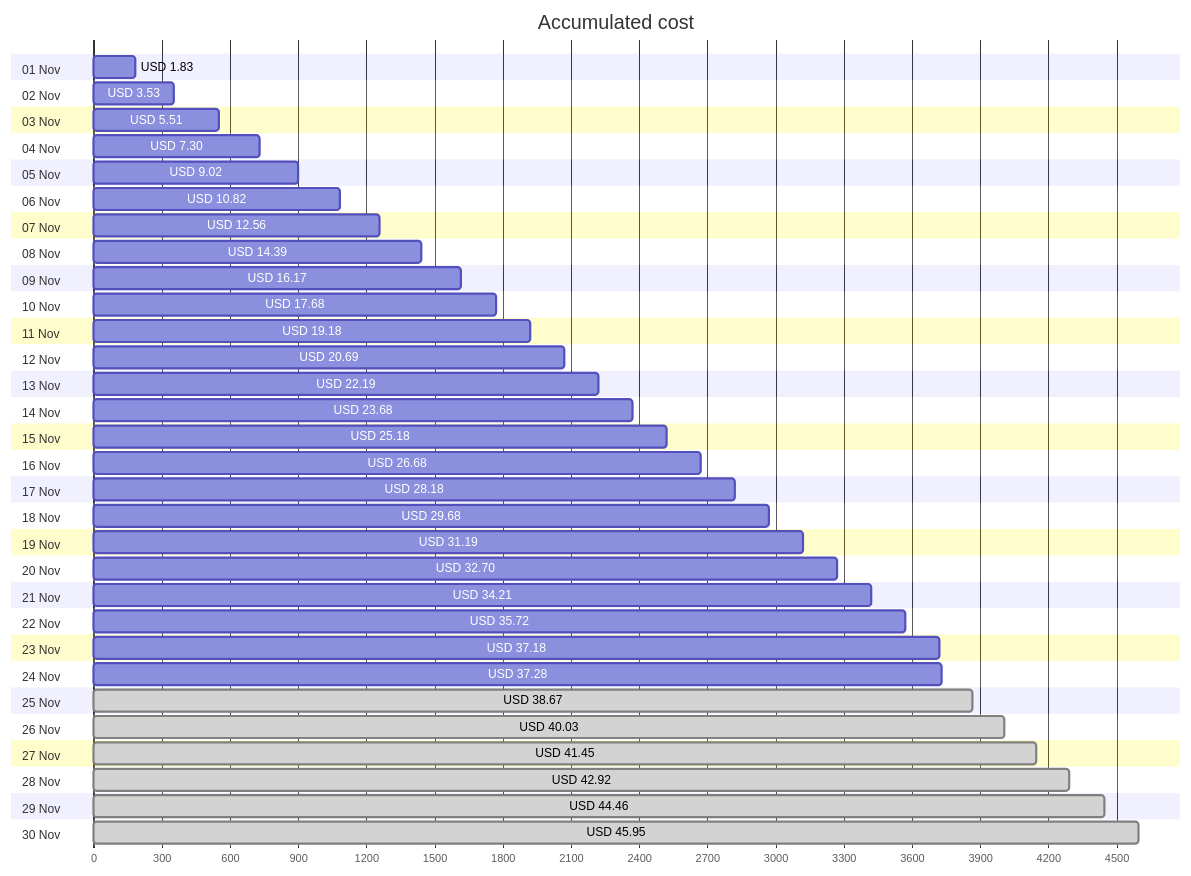
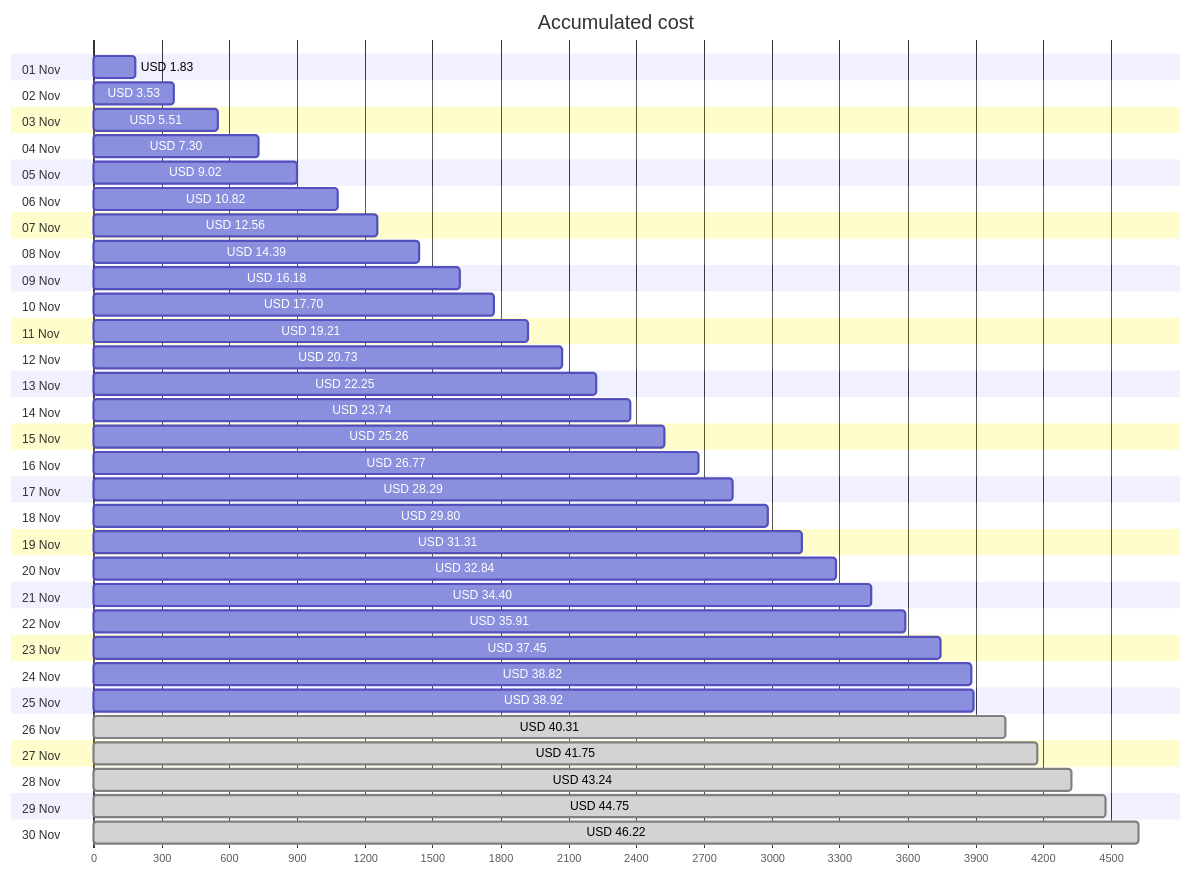
One commit to jpfulton/azure-personal-reports changed the first of 4 diagrams in cost-reports/personal-network/README.md. Above: the diagram before and after it, drawn with Mermaid. The commit also changed other lines of this file and 8 other files, not shown here.

````diff
--- a/cost-reports/personal-network/README.md
+++ b/cost-reports/personal-network/README.md
@@ -20,66 +20,66 @@
 ```mermaid
 gantt
    title Accumulated cost
    dateFormat  X
    axisFormat %s
    section 01 Nov
    USD 1.83 :0, 183
    section 02 Nov
    USD 3.53 :0, 353
    section 03 Nov
    USD 5.51 :0, 551
    section 04 Nov
    USD 7.30 :0, 730
    section 05 Nov
    USD 9.02 :0, 902
    section 06 Nov
    USD 10.82 :0, 1082
    section 07 Nov
    USD 12.56 :0, 1256
    section 08 Nov
    USD 14.39 :0, 1439
    section 09 Nov
-   USD 16.17 :0, 1617
+   USD 16.18 :0, 1618
    section 10 Nov
-   USD 17.68 :0, 1768
+   USD 17.70 :0, 1770
    section 11 Nov
-   USD 19.18 :0, 1918
+   USD 19.21 :0, 1921
    section 12 Nov
-   USD 20.69 :0, 2069
+   USD 20.73 :0, 2073
    section 13 Nov
-   USD 22.19 :0, 2219
+   USD 22.25 :0, 2225
    section 14 Nov
-   USD 23.68 :0, 2368
+   USD 23.74 :0, 2374
    section 15 Nov
-   USD 25.18 :0, 2518
+   USD 25.26 :0, 2526
    section 16 Nov
-   USD 26.68 :0, 2668
+   USD 26.77 :0, 2677
    section 17 Nov
-   USD 28.18 :0, 2818
+   USD 28.29 :0, 2829
    section 18 Nov
-   USD 29.68 :0, 2968
+   USD 29.80 :0, 2980
    section 19 Nov
-   USD 31.19 :0, 3119
+   USD 31.31 :0, 3131
    section 20 Nov
-   USD 32.70 :0, 3270
+   USD 32.84 :0, 3284
    section 21 Nov
-   USD 34.21 :0, 3421
+   USD 34.40 :0, 3440
    section 22 Nov
-   USD 35.72 :0, 3572
+   USD 35.91 :0, 3591
    section 23 Nov
-   USD 37.18 :0, 3718
+   USD 37.45 :0, 3745
    section 24 Nov
-   USD 37.28 :0, 3728
+   USD 38.82 :0, 3882
    section 25 Nov
-   USD 38.67 : done, 0, 3867
+   USD 38.92 :0, 3892
    section 26 Nov
-   USD 40.03 : done, 0, 4003
+   USD 40.31 : done, 0, 4031
    section 27 Nov
-   USD 41.45 : done, 0, 4145
+   USD 41.75 : done, 0, 4175
    section 28 Nov
-   USD 42.92 : done, 0, 4292
+   USD 43.24 : done, 0, 4324
    section 29 Nov
-   USD 44.46 : done, 0, 4446
+   USD 44.75 : done, 0, 4475
    section 30 Nov
-   USD 45.95 : done, 0, 4595
+   USD 46.22 : done, 0, 4622
 ```
````
